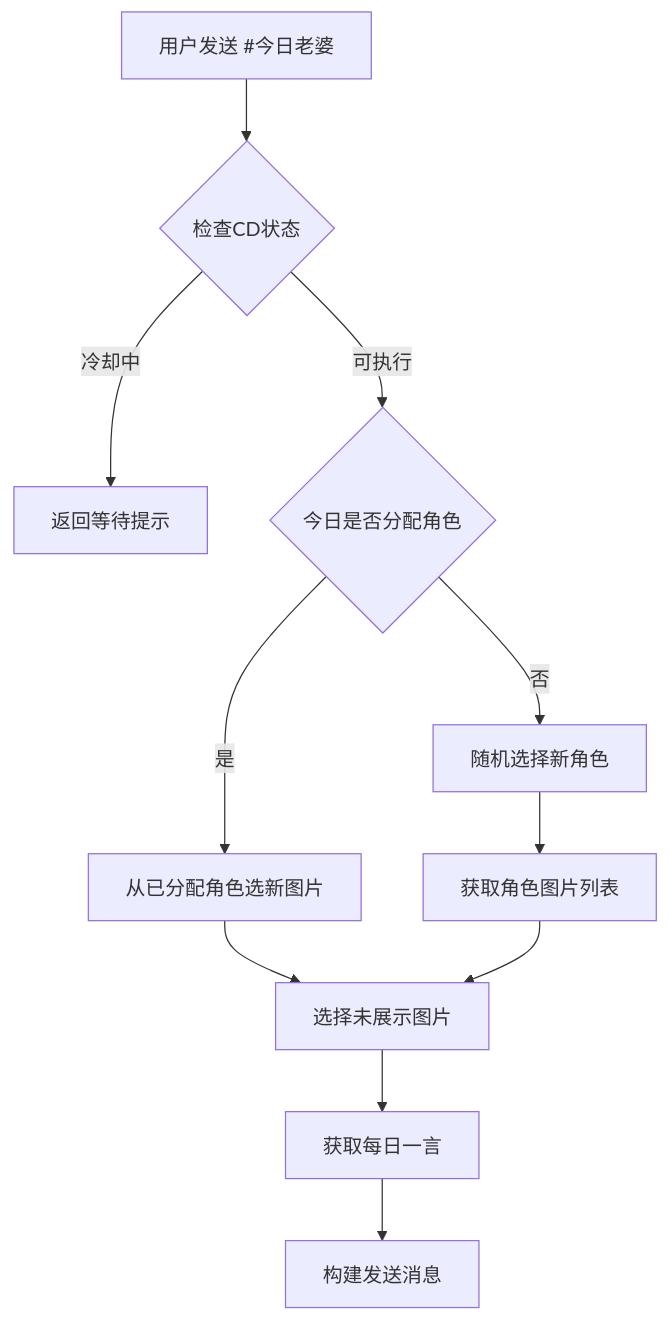
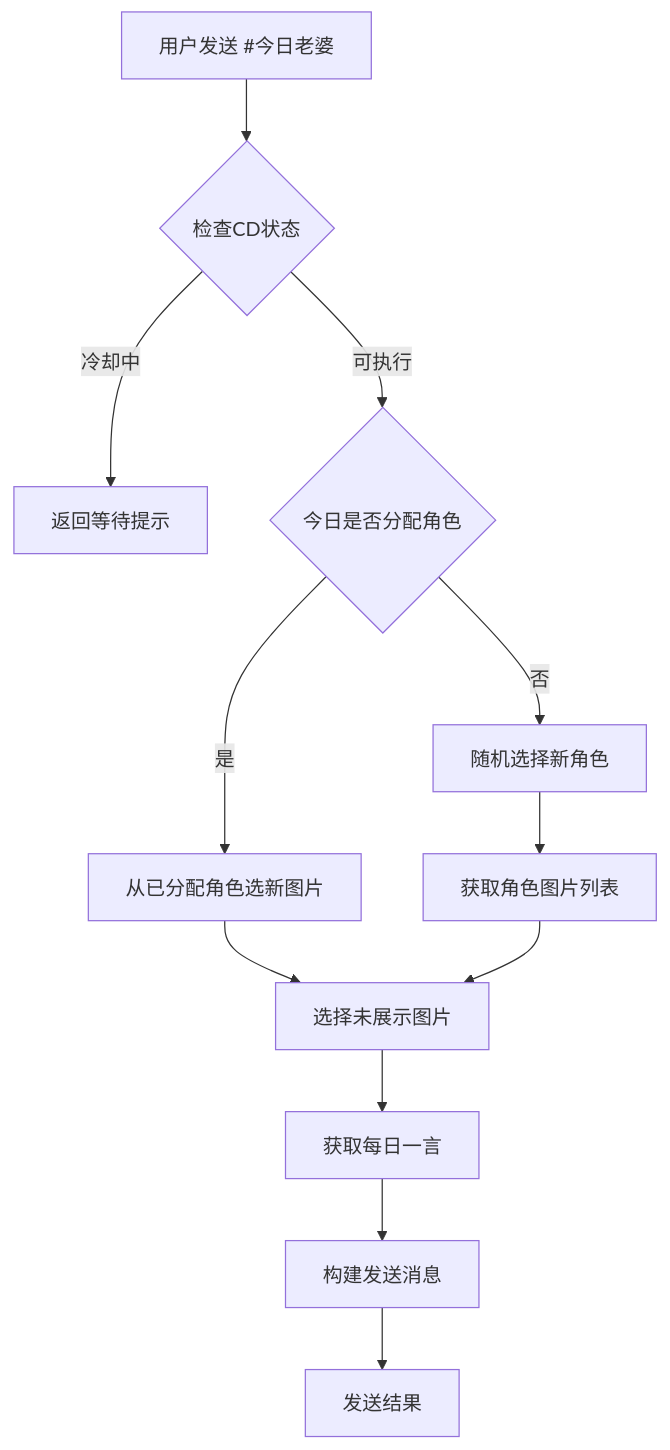
One commit to XIAOKU2300/Today_wwcharacters changed the diagram in README.md. Above: the diagram before and after it, drawn with Mermaid. The commit also changed other lines of this file, not shown here.

````diff
--- a/README.md
+++ b/README.md
@@ -75,13 +107,14 @@
 ```mermaid
 graph TD
     A[用户发送 #今日老婆] --> B{检查CD状态}
     B -->|冷却中| C[返回等待提示]
     B -->|可执行| D{今日是否分配角色}
     D -->|是| E[从已分配角色选新图片]
     D -->|否| F[随机选择新角色]
     F --> G[获取角色图片列表]
     E --> H[选择未展示图片]
     G --> H
     H --> I[获取每日一言]
     I --> J[构建发送消息]
+    J --> K[发送结果]
 ```
````
